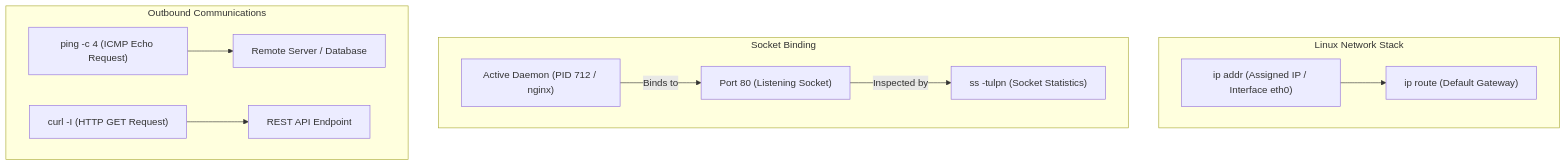
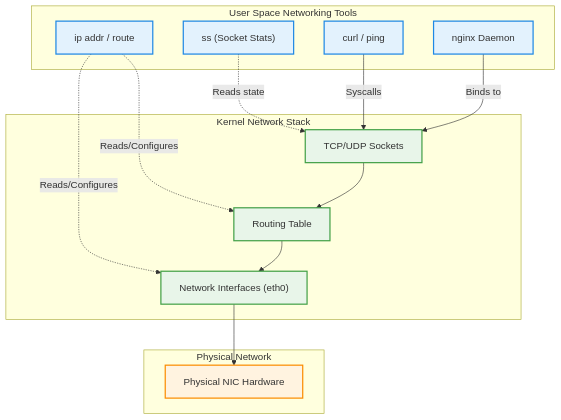
One commit to aloysiuspattath/platform-engineering-ai-course changed the diagram in courses/platform-engineering/modules/module-02/lesson-05.md. Above: the diagram before and after it, drawn with Mermaid. The commit also changed 114 other files, not shown here.

Commit message:
refactor: massive swarm diagram review enforcing architectural layers and strict color palette

````diff
--- a/courses/platform-engineering/modules/module-02/lesson-05.md
+++ b/courses/platform-engineering/modules/module-02/lesson-05.md
@@ -88,16 +88,32 @@
 ```mermaid
 flowchart TD
-    subgraph NetworkStack [Linux Network Stack]
-        IP["ip addr (Assigned IP / Interface eth0)"] --> ROUTE["ip route (Default Gateway)"]
+    classDef userSpace fill:#e3f2fd,stroke:#1e88e5,stroke-width:2px;
+    classDef kernelSpace fill:#e8f5e9,stroke:#43a047,stroke-width:2px;
+    classDef hardware fill:#fff3e0,stroke:#fb8c00,stroke-width:2px;
+
+    subgraph Utilities [User Space Networking Tools]
+        IP_CMD["ip addr / route"]:::userSpace
+        SS_CMD["ss (Socket Stats)"]:::userSpace
+        CLIENTS["curl / ping"]:::userSpace
+        DAEMON["nginx Daemon"]:::userSpace
     end
 
-    subgraph SocketBinding [Socket Binding]
-        DAEMON["Active Daemon (PID 712 / nginx)"] -->|Binds to| PORT["Port 80 (Listening Socket)"]
-        PORT -->|Inspected by| SS["ss -tulpn (Socket Statistics)"]
+    subgraph KernelStack [Kernel Network Stack]
+        SOCKETS["TCP/UDP Sockets"]:::kernelSpace
+        ROUTING["Routing Table"]:::kernelSpace
+        NET_IFC["Network Interfaces (eth0)"]:::kernelSpace
     end
 
-    subgraph OutboundTraffic [Outbound Communications]
-        PING["ping -c 4 (ICMP Echo Request)"] --> REMOTE_HOST["Remote Server / Database"]
-        CURL["curl -I (HTTP GET Request)"] --> WEB_API["REST API Endpoint"]
+    subgraph Physical [Physical Network]
+        NIC["Physical NIC Hardware"]:::hardware
     end
+
+    IP_CMD -.->|Reads/Configures| NET_IFC
+    IP_CMD -.->|Reads/Configures| ROUTING
+    SS_CMD -.->|Reads state| SOCKETS
+    CLIENTS -->|Syscalls| SOCKETS
+    DAEMON -->|Binds to| SOCKETS
+    SOCKETS --> ROUTING
+    ROUTING --> NET_IFC
+    NET_IFC --> NIC
 ```
````
